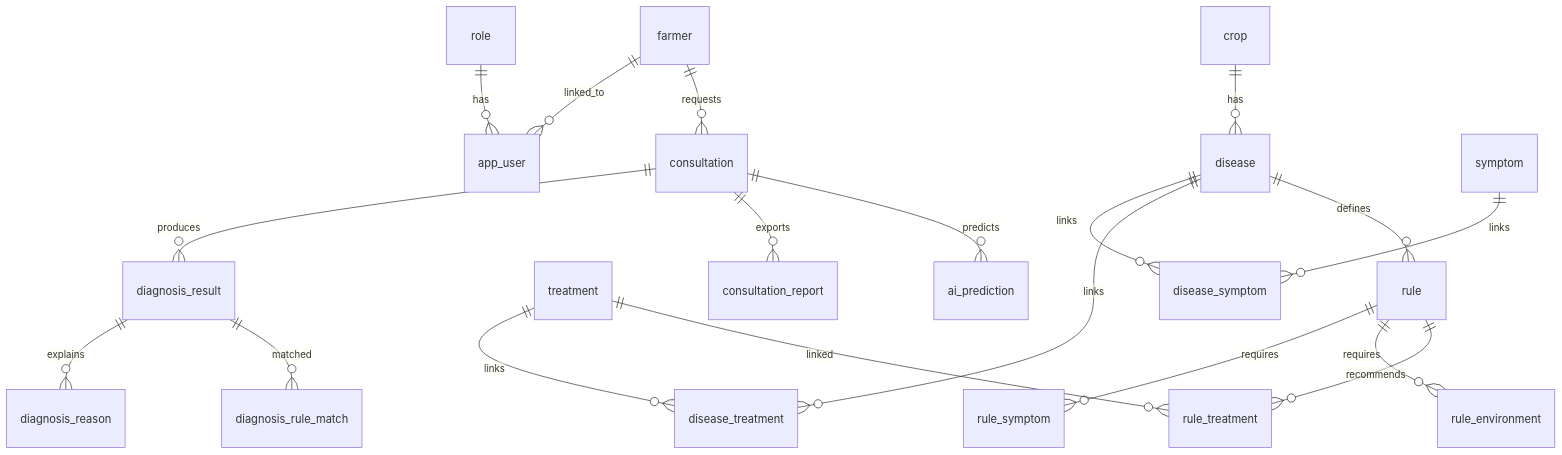
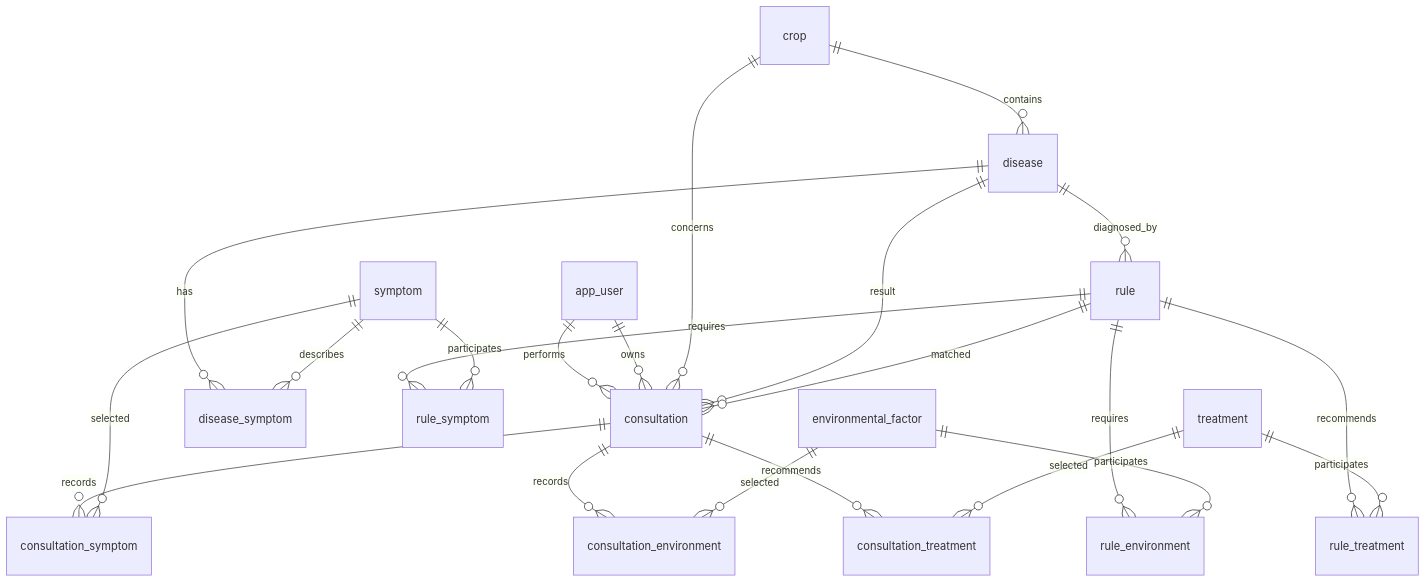
The diagram in database/ERD.md (JIM440/cef-610-expert-system), drawn with Mermaid before and after one commit. The commit also changed other lines of this file and 55 other files, not shown here.

Commit message:
Consolidate database to 15-table schema

````diff
--- a/database/ERD.md
+++ b/database/ERD.md
@@ -3,21 +5,24 @@
 ```mermaid
 erDiagram
-    role ||--o{ app_user : has
-    farmer ||--o{ app_user : linked_to
-    farmer ||--o{ consultation : requests
-    crop ||--o{ disease : has
-    disease ||--o{ disease_symptom : links
-    symptom ||--o{ disease_symptom : links
-    disease ||--o{ disease_treatment : links
-    treatment ||--o{ disease_treatment : links
-    disease ||--o{ rule : defines
+    app_user ||--o{ consultation : performs
+    app_user ||--o{ consultation : owns
+    crop ||--o{ disease : contains
+    crop ||--o{ consultation : concerns
+    disease ||--o{ disease_symptom : has
+    symptom ||--o{ disease_symptom : describes
+    disease ||--o{ rule : diagnosed_by
+    disease ||--o{ consultation : result
     rule ||--o{ rule_symptom : requires
+    symptom ||--o{ rule_symptom : participates
     rule ||--o{ rule_environment : requires
+    environmental_factor ||--o{ rule_environment : participates
     rule ||--o{ rule_treatment : recommends
-    treatment ||--o{ rule_treatment : linked
-    consultation ||--o{ diagnosis_result : produces
-    diagnosis_result ||--o{ diagnosis_reason : explains
-    diagnosis_result ||--o{ diagnosis_rule_match : matched
-    consultation ||--o{ consultation_report : exports
-    consultation ||--o{ ai_prediction : predicts
+    treatment ||--o{ rule_treatment : participates
+    rule ||--o{ consultation : matched
+    consultation ||--o{ consultation_symptom : records
+    symptom ||--o{ consultation_symptom : selected
+    consultation ||--o{ consultation_environment : records
+    environmental_factor ||--o{ consultation_environment : selected
+    consultation ||--o{ consultation_treatment : recommends
+    treatment ||--o{ consultation_treatment : selected
 ```
````
